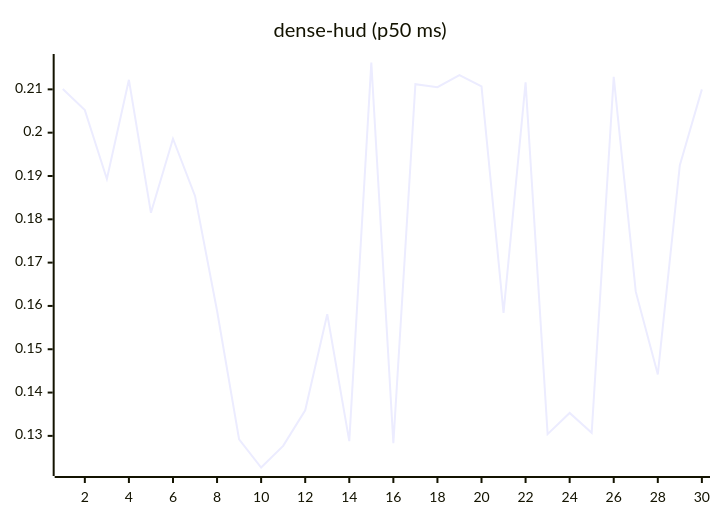
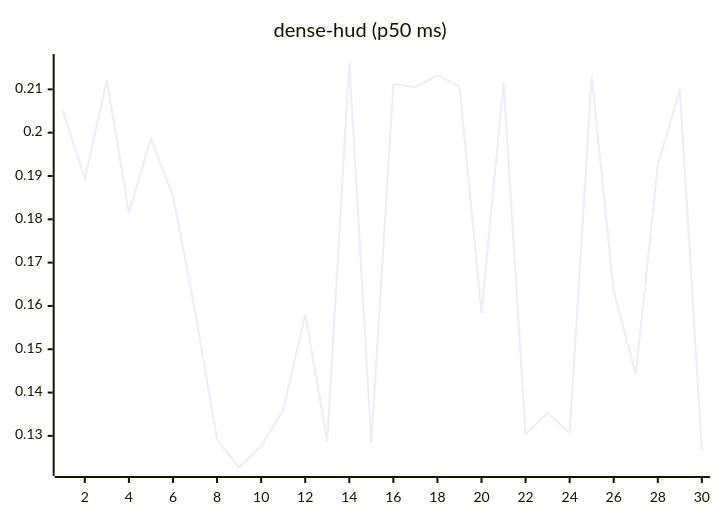
One commit to josha/Facet changed the eighth of 27 diagrams in README.md. Above: the diagram before and after it, drawn with Mermaid. The commit also changed other lines of this file and 2 other files, not shown here.

````diff
--- a/README.md
+++ b/README.md
@@ -112,6 +112,6 @@
 ```mermaid
 xychart-beta
     title "dense-hud (p50 ms)"
     x-axis 1 --> 30
-    line [0.2101, 0.2052, 0.1893, 0.2122, 0.1815, 0.1986, 0.1854, 0.1589, 0.1292, 0.1227, 0.1277, 0.1359, 0.1581, 0.1288, 0.2162, 0.1283, 0.2112, 0.2105, 0.2133, 0.2107, 0.1584, 0.2116, 0.1304, 0.1353, 0.1307, 0.2129, 0.1633, 0.1442, 0.1925, 0.2100]
+    line [0.2052, 0.1893, 0.2122, 0.1815, 0.1986, 0.1854, 0.1589, 0.1292, 0.1227, 0.1277, 0.1359, 0.1581, 0.1288, 0.2162, 0.1283, 0.2112, 0.2105, 0.2133, 0.2107, 0.1584, 0.2116, 0.1304, 0.1353, 0.1307, 0.2129, 0.1633, 0.1442, 0.1925, 0.2100, 0.1266]
 ```
````
